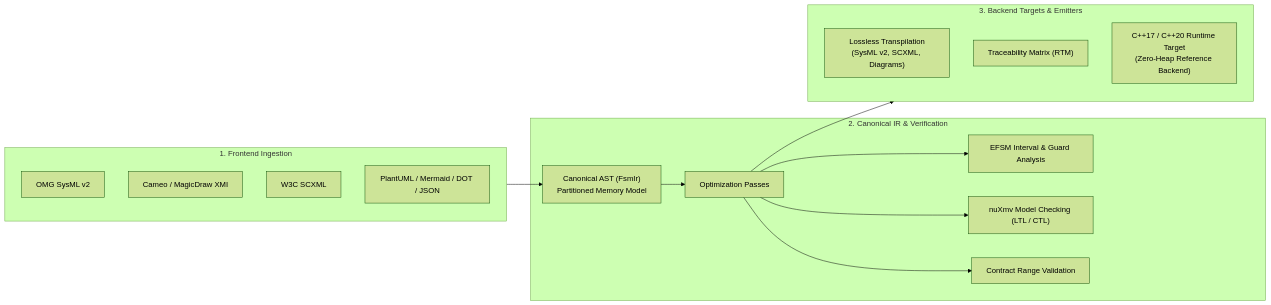
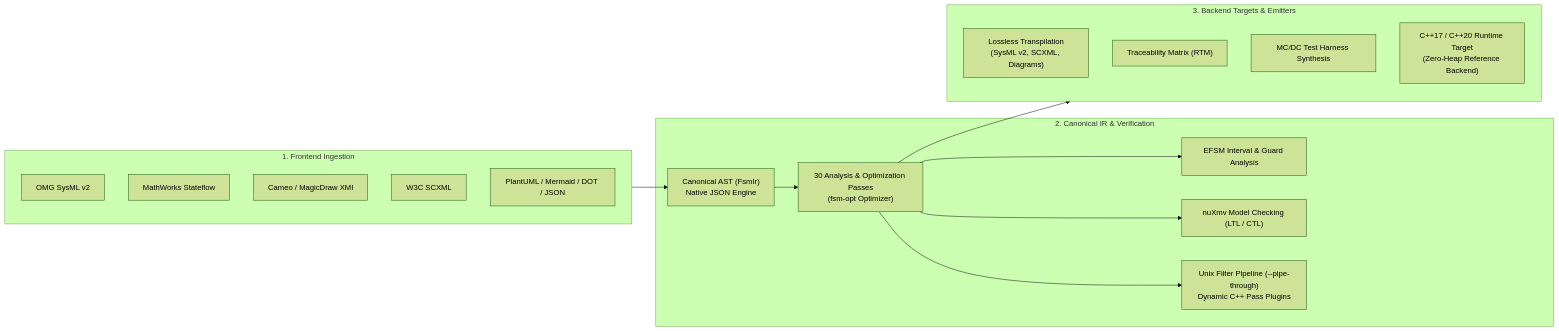
One commit to simoneCavalleri/fsmc changed the first of 3 diagrams in docs/index.md. Above: the diagram before and after it, drawn with Mermaid (forest theme). The commit also changed other lines of this file and 428 other files, not shown here.

First line of the commit message:
feat(release): formal release v0.6.0 - formal completeness, 30-pass pipeline, standalone runtimes, and documentation parity

````diff
--- a/docs/index.md
+++ b/docs/index.md
@@ -11,30 +11,32 @@
 ```mermaid
 flowchart LR
     subgraph Frontend["1. Frontend Ingestion"]
         SysML["OMG SysML v2"]
+        Stateflow["MathWorks Stateflow"]
         XMI["Cameo / MagicDraw XMI"]
         SCXML["W3C SCXML"]
         Diagrams["PlantUML / Mermaid / DOT / JSON"]
     end
 
     subgraph MiddleEnd["2. Canonical IR & Verification"]
-        IR["Canonical AST (FsmIr)<br/>Partitioned Memory Model"]
-        Passes["Optimization Passes"]
+        IR["Canonical AST (FsmIr)<br/>Native JSON Engine"]
+        Passes["30 Analysis & Optimization Passes<br/>(fsm-opt Optimizer)"]
         SMT["EFSM Interval & Guard Analysis"]
         MC["nuXmv Model Checking (LTL / CTL)"]
-        Interval["Contract Range Validation"]
+        Pipe["Unix Filter Pipeline (--pipe-through)<br/>Dynamic C++ Pass Plugins"]
     end
 
     subgraph Backend["3. Backend Targets & Emitters"]
         Transpile["Lossless Transpilation<br/>(SysML v2, SCXML, Diagrams)"]
         RTM["Traceability Matrix (RTM)"]
+        MCDC["MC/DC Test Harness Synthesis"]
         CppGen["C++17 / C++20 Runtime Target<br/>(Zero-Heap Reference Backend)"]
     end
 
     Frontend --> IR
     IR --> Passes
     Passes --> SMT
     Passes --> MC
-    Passes --> Interval
+    Passes --> Pipe
     Passes --> Backend
 ```
````
